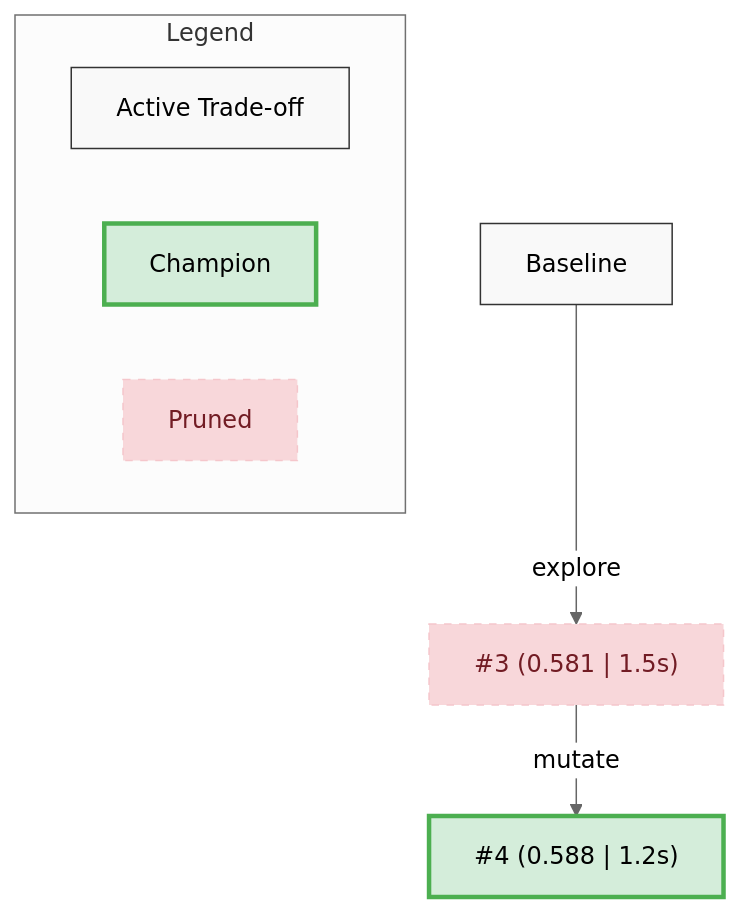
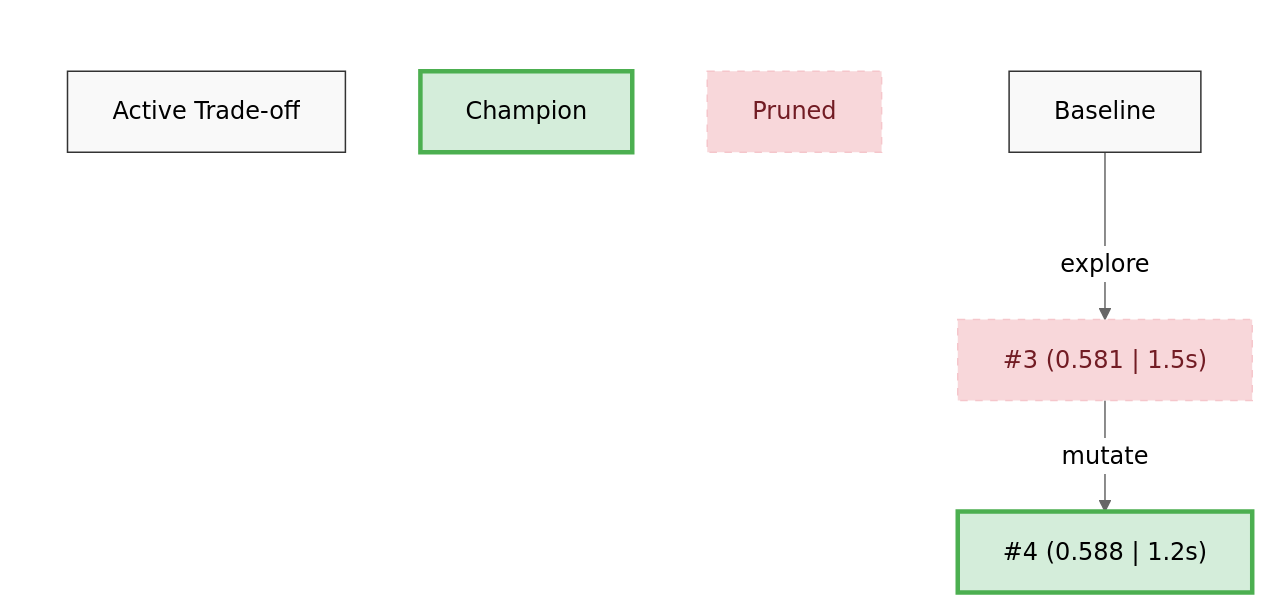
One commit to kaiwong-sapiens/gh-evolve changed the second of 2 diagrams in skills/evolve/SKILL.md. Above: the diagram before and after it, drawn with Mermaid (neutral theme).

Commit message:
style: clean up Mermaid legend by removing the ugly bounding box

````diff
--- a/skills/evolve/SKILL.md
+++ b/skills/evolve/SKILL.md
@@ -245,19 +245,20 @@
 ```mermaid
 graph TD
   Baseline["Baseline"]
   PR3["#3 (0.581 | 1.5s)"]:::pruned
   PR4["#4 (0.588 | 1.2s)"]:::champion
   Baseline -- explore --> PR3
   PR3 -- mutate --> PR4
 
   classDef default fill:#f9f9f9,stroke:#333,stroke-width:1px;
   classDef champion fill:#d4edda,stroke:#4caf50,stroke-width:3px;
   classDef pruned fill:#f8d7da,stroke:#f5c6cb,stroke-width:1px,color:#721c24,stroke-dasharray: 5 5;
 
-  subgraph Legend
-    direction LR
+  subgraph Legend [" "]
+    direction TB
     L1["Active Trade-off"]
     L2["Champion"]:::champion
     L3["Pruned"]:::pruned
   end
+  style Legend fill:none,stroke:none
 ```
````
